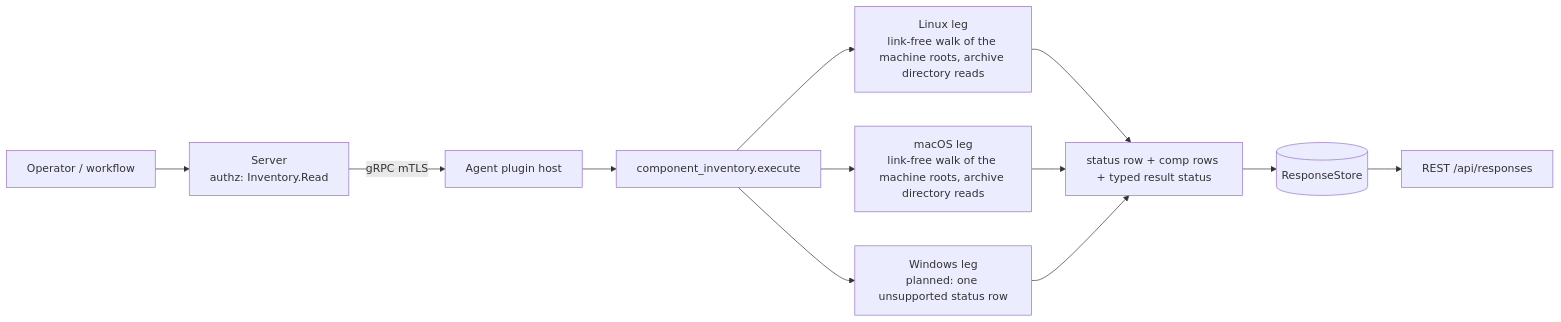
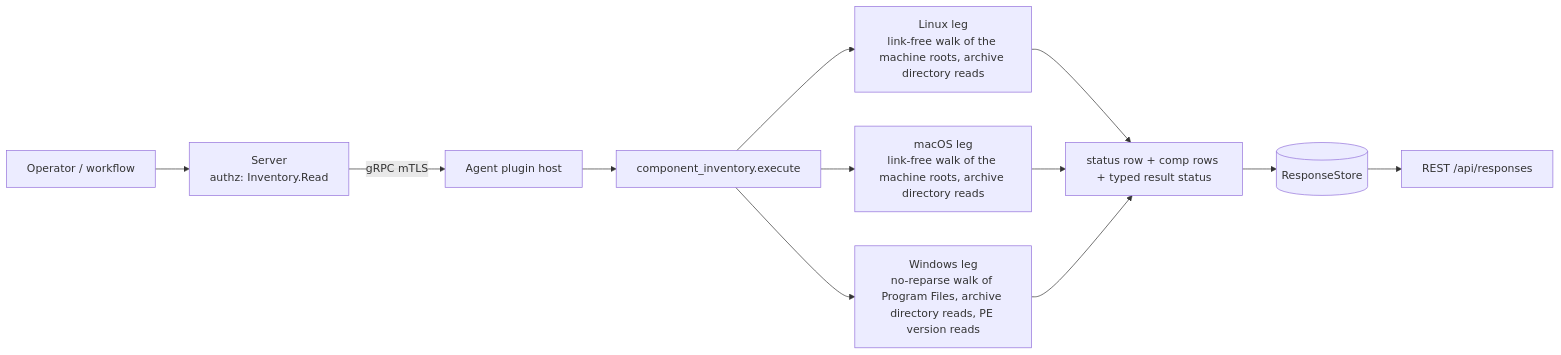
Before and after one commit to DevNullLtd/Yuzu: the diagram in agents/plugins/component_inventory/README.md, drawn with Mermaid. The commit also changed other lines of this file and 16 other files, not shown here.

Commit message:
feat(component_inventory): add the Windows leg for the component scan

````diff
--- a/agents/plugins/component_inventory/README.md
+++ b/agents/plugins/component_inventory/README.md
@@ -42,9 +44,9 @@
 ```mermaid
 flowchart LR
   OP[Operator / workflow] --> SRV[Server<br/>authz: Inventory.Read]
   SRV -- gRPC mTLS --> HOST[Agent plugin host] --> EX[component_inventory.execute]
   EX --> LIN[Linux leg<br/>link-free walk of the machine roots, archive directory reads]
   EX --> MAC[macOS leg<br/>link-free walk of the machine roots, archive directory reads]
-  EX --> WIN[Windows leg<br/>planned: one unsupported status row]
+  EX --> WIN[Windows leg<br/>no-reparse walk of Program Files, archive directory reads, PE version reads]
   LIN & MAC & WIN --> ROWS[status row + comp rows + typed result status] --> RS[(ResponseStore)] --> API[REST /api/responses]
 ```
````
